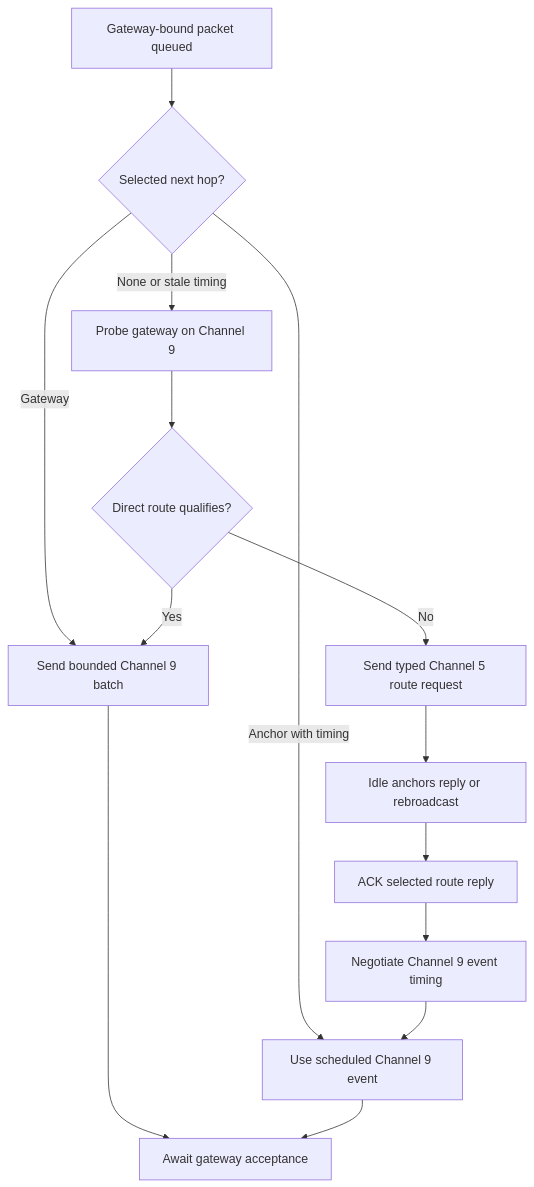
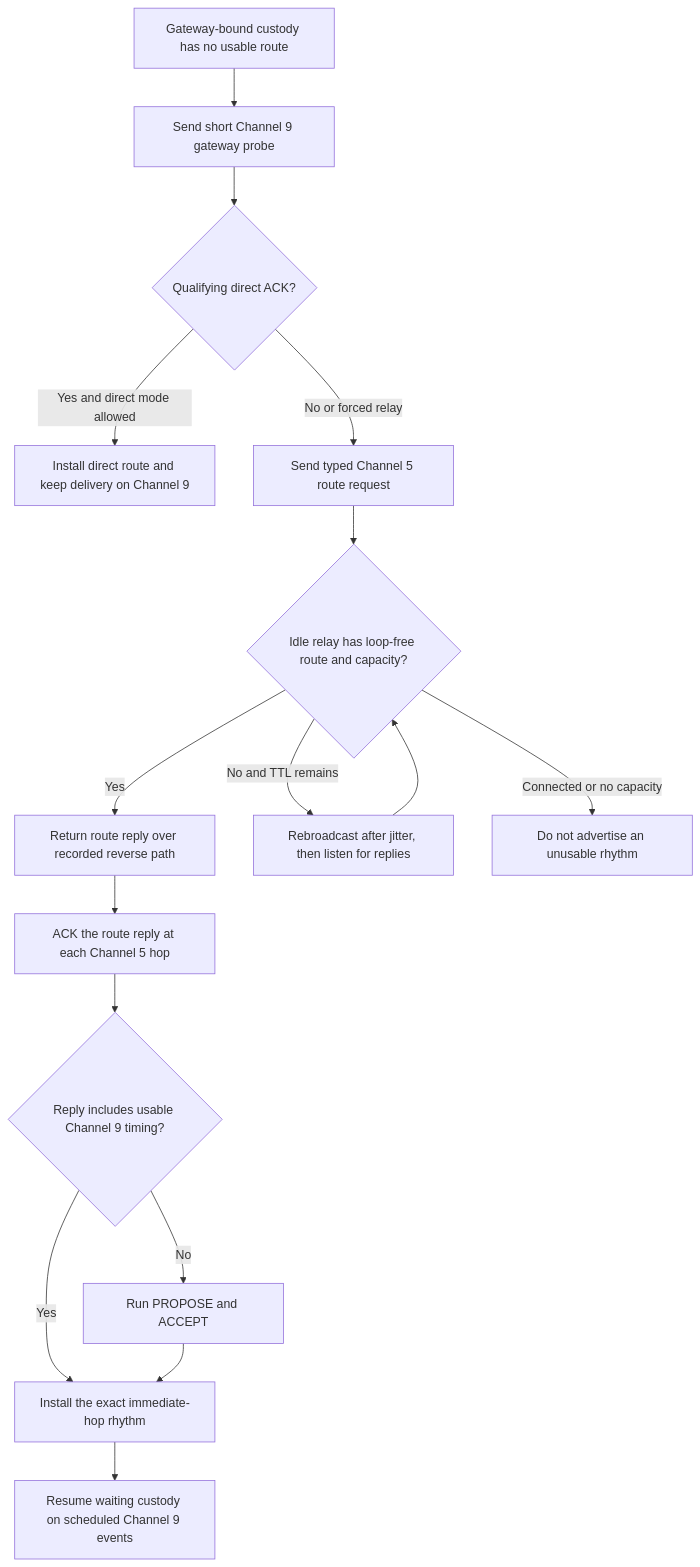
One commit to Jubliano-sama/IMEC2 changed the first of 2 diagrams in docs/wiki/05_connected-routing-and-reliable-delivery.md. Above: the diagram before and after it, drawn with Mermaid. The commit also changed other lines of this file and 20 other files, not shown here.

Commit message:
Regenerate source-bound architecture wiki

````diff
--- a/docs/wiki/05_connected-routing-and-reliable-delivery.md
+++ b/docs/wiki/05_connected-routing-and-reliable-delivery.md
@@ -55,16 +56,18 @@
 ```mermaid
 graph TD
-    A["Gateway-bound packet queued"] --> B{"Selected next hop?"}
-    B -->|"Gateway"| C["Send bounded Channel 9 batch"]
-    B -->|"Anchor with timing"| D["Use scheduled Channel 9 event"]
-    B -->|"None or stale timing"| E["Probe gateway on Channel 9"]
-    E --> F{"Direct route qualifies?"}
-    F -->|"Yes"| C
-    F -->|"No"| G["Send typed Channel 5 route request"]
-    G --> H["Idle anchors reply or rebroadcast"]
-    H --> I["ACK selected route reply"]
-    I --> J["Negotiate Channel 9 event timing"]
-    J --> D
-    C --> K["Await gateway acceptance"]
-    D --> K
+    A["Gateway-bound custody has no usable route"] --> B["Send short Channel 9 gateway probe"]
+    B --> C{"Qualifying direct ACK?"}
+    C -->|"Yes and direct mode allowed"| D["Install direct route and keep delivery on Channel 9"]
+    C -->|"No or forced relay"| E["Send typed Channel 5 route request"]
+    E --> F{"Idle relay has loop-free route and capacity?"}
+    F -->|"Yes"| G["Return route reply over recorded reverse path"]
+    F -->|"No and TTL remains"| H["Rebroadcast after jitter, then listen for replies"]
+    H --> F
+    F -->|"Connected or no capacity"| I["Do not advertise an unusable rhythm"]
+    G --> J["ACK the route reply at each Channel 5 hop"]
+    J --> K{"Reply includes usable Channel 9 timing?"}
+    K -->|"Yes"| L["Install the exact immediate-hop rhythm"]
+    K -->|"No"| M["Run PROPOSE and ACCEPT"]
+    M --> L
+    L --> N["Resume waiting custody on scheduled Channel 9 events"]
 ```
````
